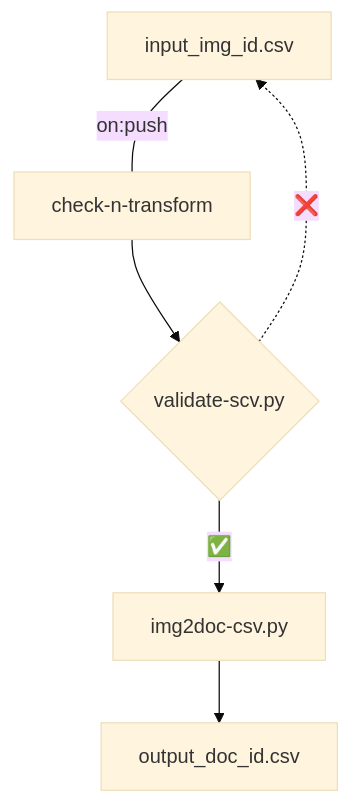
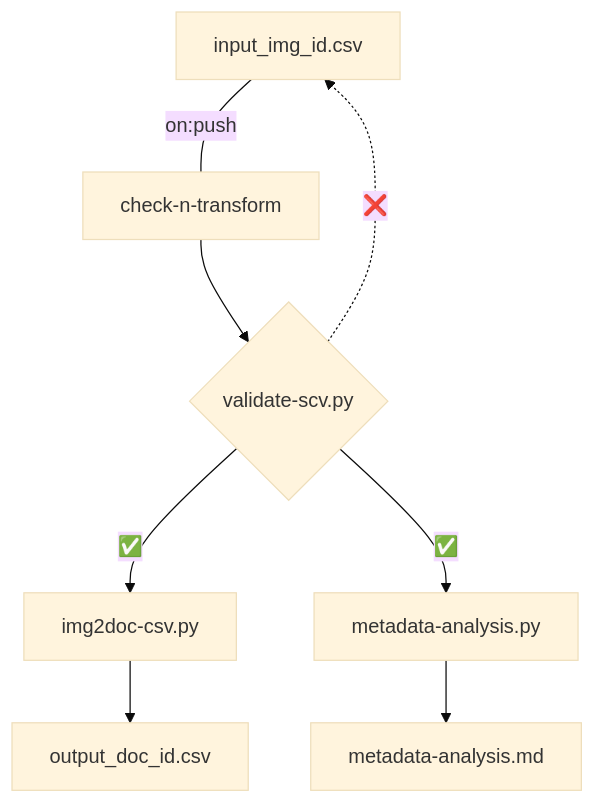
The first of 2 diagrams in README.md (auden-in-austria-digital/aad-data), drawn with Mermaid (base theme) before and after one commit. The commit also changed other lines of this file, not shown here.

````diff
--- a/README.md
+++ b/README.md
@@ -23,8 +23,10 @@
 ```mermaid
 flowchart TD;
     input_img_id.csv---|on:push| check-n-transform;
     check-n-transform-->A{validate-scv.py};
     A-->|#9989;| img2doc-csv.py;
+    A-->|#9989;| metadata-analysis.py;
     img2doc-csv.py-->output_doc_id.csv;
     A-. #10060; .->input_img_id.csv;
+    metadata-analysis.py-->metadata-analysis.md;
 ```
````
